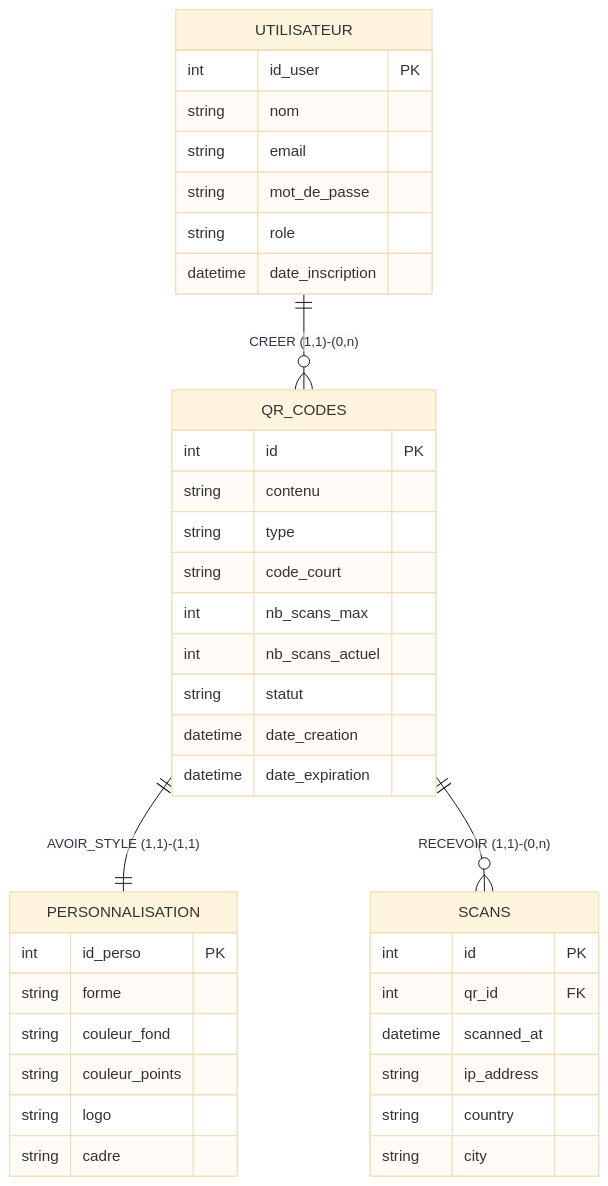
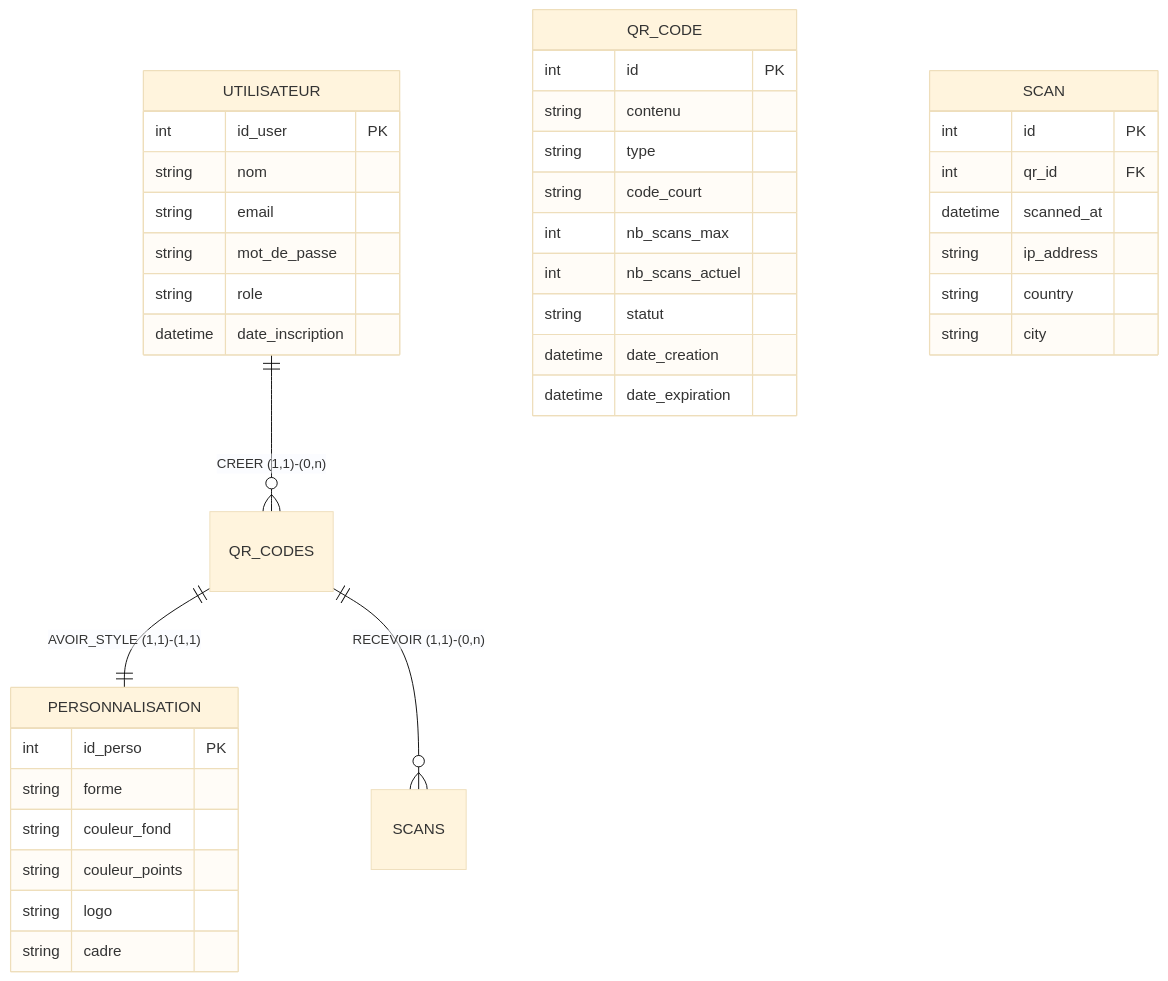
One commit to issaridwane29-spec/AATW-projet6 changed the diagram in Analyse UML/mcd.mmd. Above: the diagram before and after it, drawn with Mermaid (base theme).

```diff
--- a/Analyse UML/mcd.mmd
+++ b/Analyse UML/mcd.mmd
@@ -1,40 +1,40 @@
 erDiagram
     UTILISATEUR ||--o{ QR_CODES : "CREER (1,1)-(0,n)"
     QR_CODES ||--|| PERSONNALISATION : "AVOIR_STYLE (1,1)-(1,1)"
     QR_CODES ||--o{ SCANS : "RECEVOIR (1,1)-(0,n)"
 
     UTILISATEUR {
         int id_user PK
         string nom
         string email
         string mot_de_passe
         string role
         datetime date_inscription
     }
-    QR_CODES {
+    QR_CODE {
         int id PK
         string contenu
         string type
         string code_court
         int nb_scans_max
         int nb_scans_actuel
         string statut
         datetime date_creation
         datetime date_expiration
     }
     PERSONNALISATION {
         int id_perso PK
         string forme
         string couleur_fond
         string couleur_points
         string logo
         string cadre
     }
-    SCANS {
+    SCAN {
         int id PK
         int qr_id FK
         datetime scanned_at
         string ip_address
         string country
         string city
     }
```
